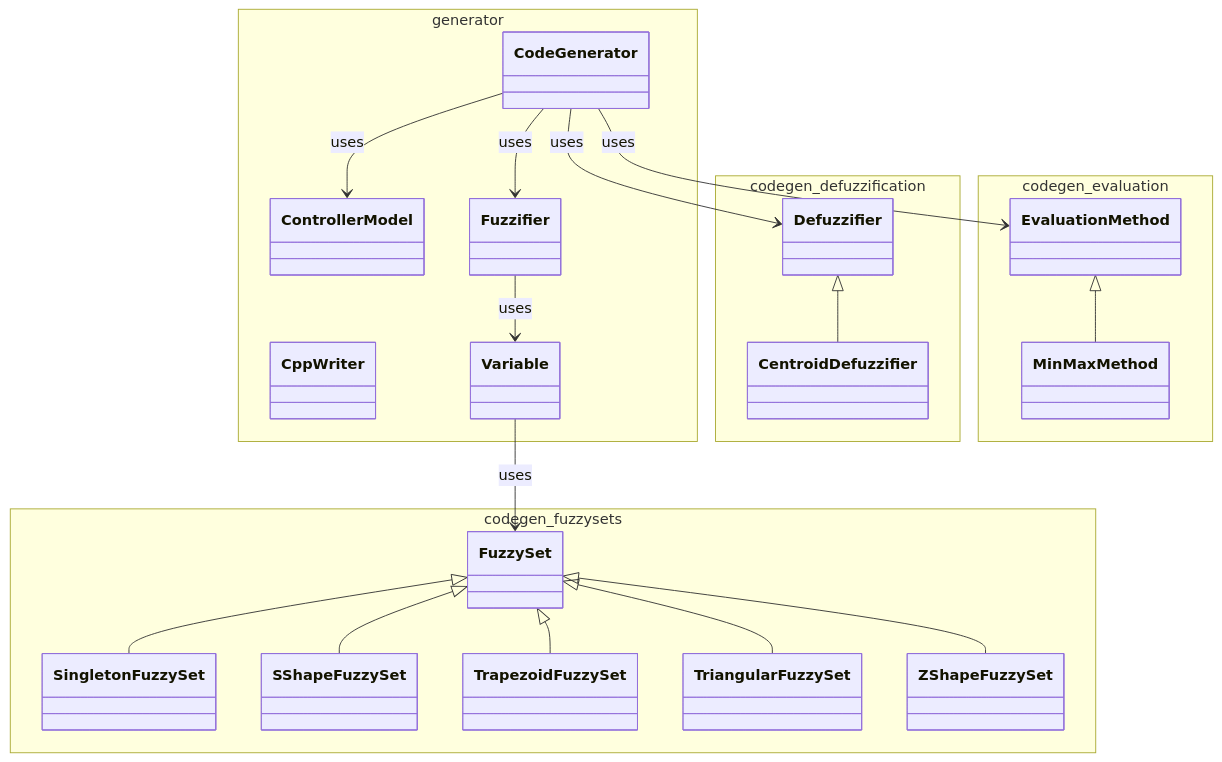
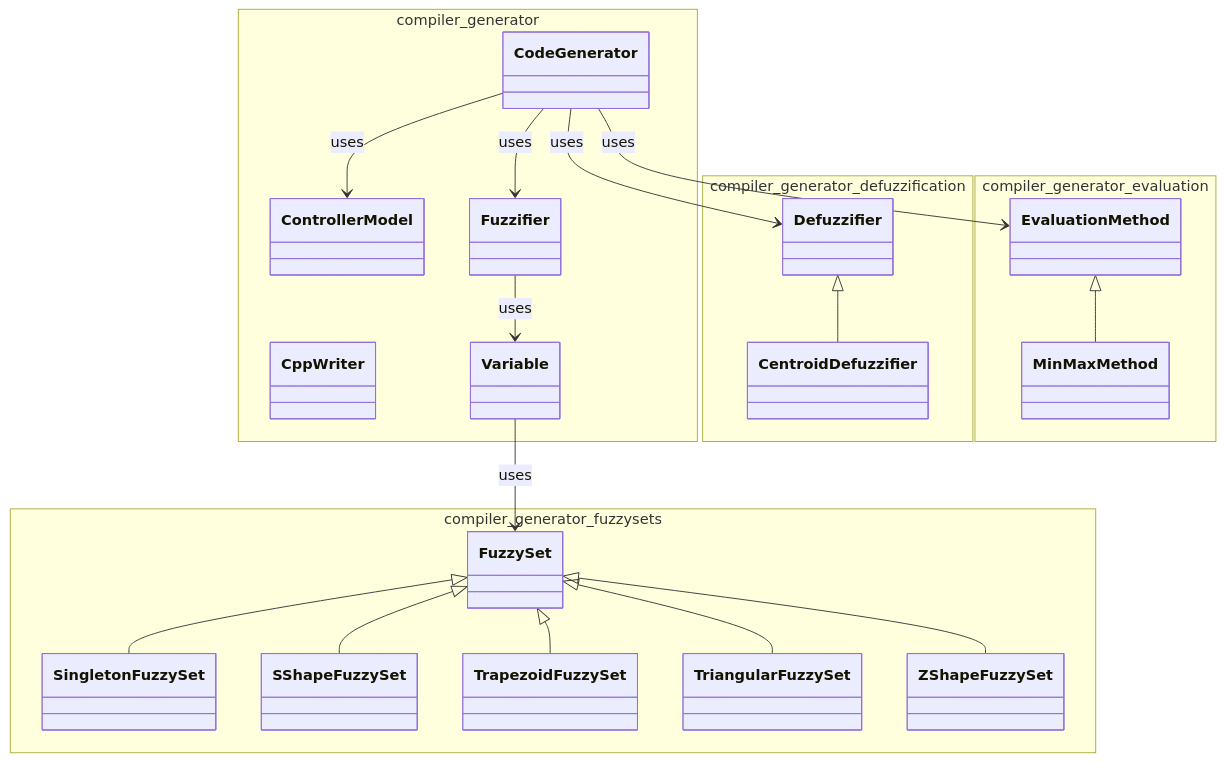
Before and after one commit to PascalUser/FLC-IEC61131-7: the diagram in doc/diagrams/codegen_class_diagram.mmd, drawn with Mermaid. The commit also changed 3 other files, not shown here.

```diff
--- a/doc/diagrams/codegen_class_diagram.mmd
+++ b/doc/diagrams/codegen_class_diagram.mmd
@@ -1,37 +1,37 @@
 classDiagram
-    namespace generator {
+    namespace compiler_generator {
         class CodeGenerator
         class ControllerModel
         class CppWriter
         class Fuzzifier
         class Variable
     }
-    namespace codegen_defuzzification {
+    namespace compiler_generator_defuzzification {
         class Defuzzifier
         class CentroidDefuzzifier
     }
-    namespace codegen_evaluation {
+    namespace compiler_generator_evaluation {
         class EvaluationMethod
         class MinMaxMethod
     }
-    namespace codegen_fuzzysets {
+    namespace compiler_generator_fuzzysets {
         class FuzzySet
         class SingletonFuzzySet
         class SShapeFuzzySet
         class TrapezoidFuzzySet
         class TriangularFuzzySet
         class ZShapeFuzzySet
     }
     EvaluationMethod <|-- MinMaxMethod
     Defuzzifier <|-- CentroidDefuzzifier
     FuzzySet <|-- SingletonFuzzySet
     FuzzySet <|-- SShapeFuzzySet
     FuzzySet <|-- TrapezoidFuzzySet
     FuzzySet <|-- TriangularFuzzySet
     FuzzySet <|-- ZShapeFuzzySet
     CodeGenerator --> ControllerModel : uses
     CodeGenerator --> Fuzzifier : uses
     CodeGenerator --> EvaluationMethod : uses
     CodeGenerator --> Defuzzifier : uses
     Fuzzifier --> Variable : uses
     Variable --> FuzzySet : uses
```
